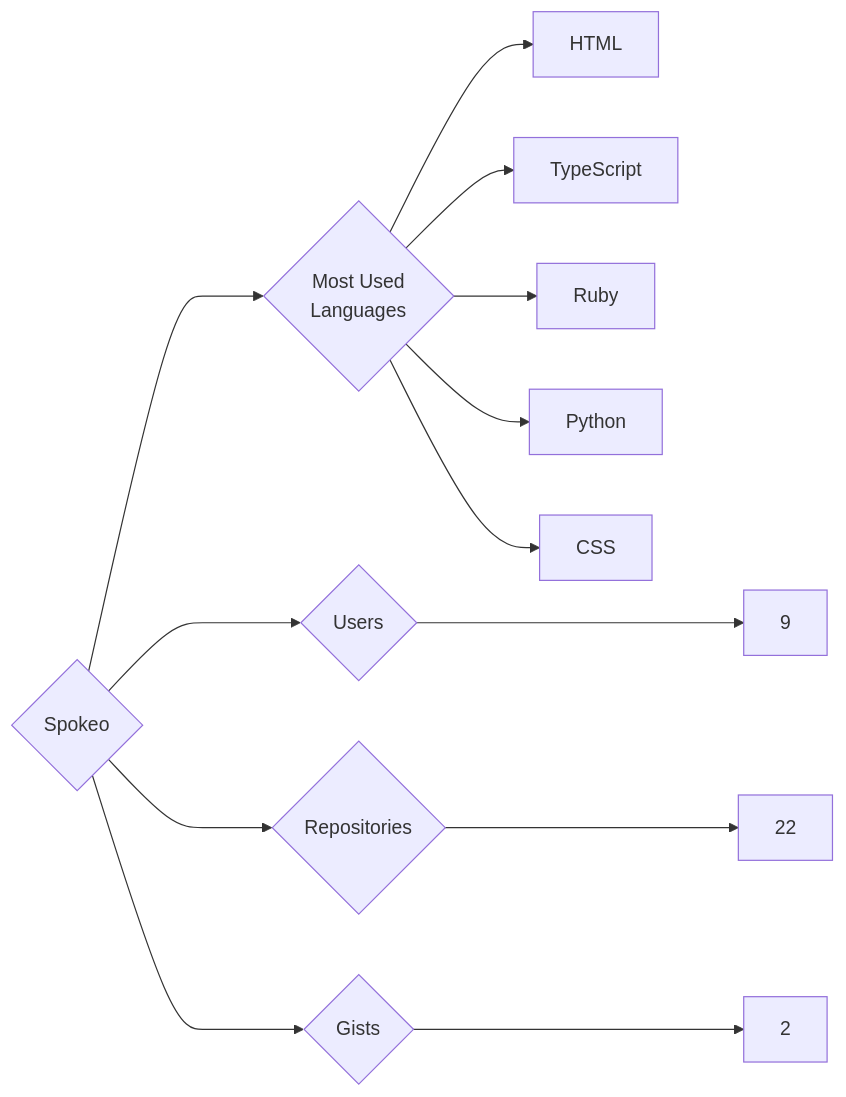
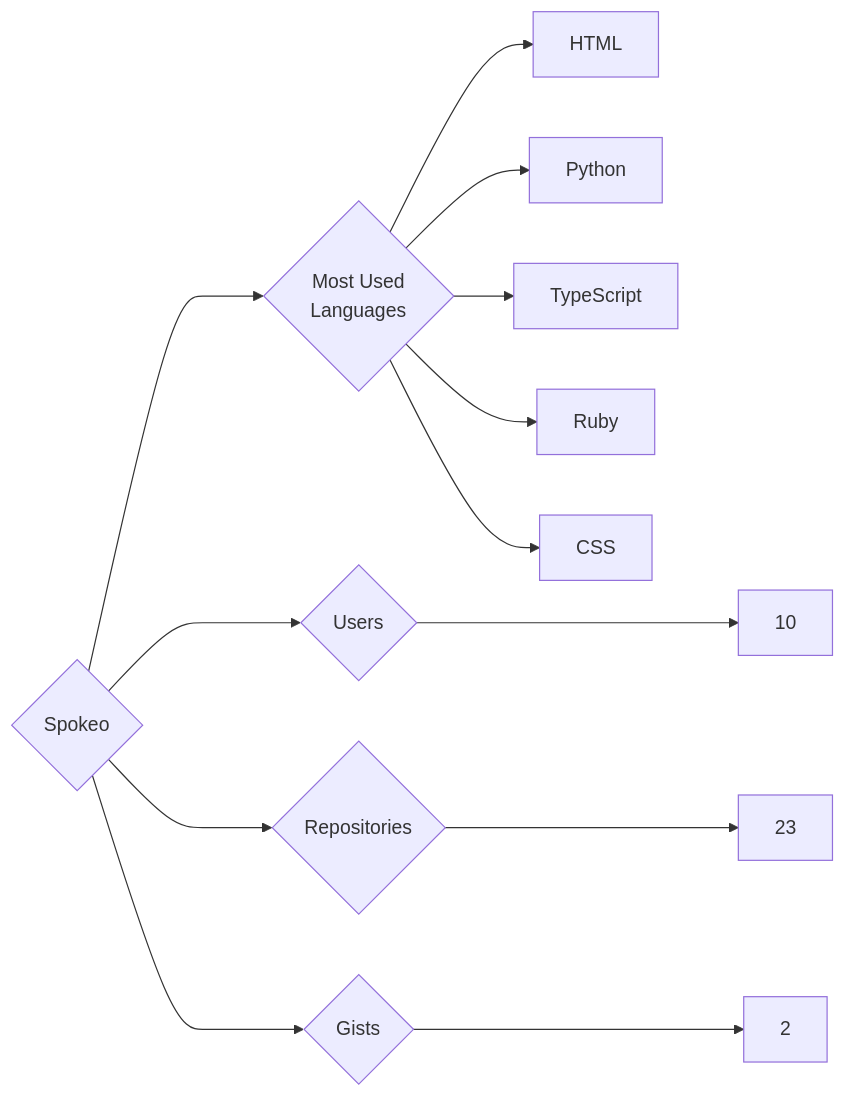
Before and after one commit to trickest/insiders: the diagram in targets/Spokeo/README.md, drawn with Mermaid. The commit also changed 965 other files, not shown here.

````diff
--- a/targets/Spokeo/README.md
+++ b/targets/Spokeo/README.md
@@ -3,13 +3,13 @@
 ```mermaid
 graph LR
 COMPANY_NAME{Spokeo}
-COMPANY_NAME ---> U{Users} ---> UN[9]
-COMPANY_NAME ---> R{Repositories} ---> RN[22]
+COMPANY_NAME ---> U{Users} ---> UN[10]
+COMPANY_NAME ---> R{Repositories} ---> RN[23]
 COMPANY_NAME ---> G{Gists} ---> GN[2]
 COMPANY_NAME ---> ML{Most Used<br>Languages}
 ML --> HTML[HTML]
+ML --> Python[Python]
 ML --> TypeScript[TypeScript]
 ML --> Ruby[Ruby]
-ML --> Python[Python]
 ML --> CSS[CSS]
 ```
````
